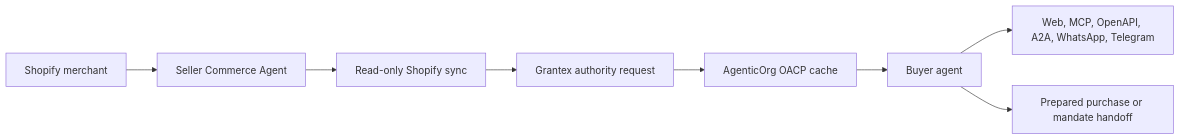
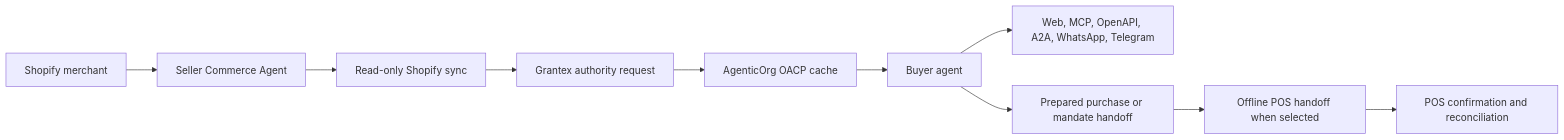
One commit to mishrasanjeev/agentic-org changed the diagram in docs/oacp/end-user-flow.md. Above: the diagram before and after it, drawn with Mermaid. The commit also changed other lines of this file and 28 other files, not shown here.

Commit message:
Implement Offline POS Bridge runtime slice

````diff
--- a/docs/oacp/end-user-flow.md
+++ b/docs/oacp/end-user-flow.md
@@ -5,10 +5,12 @@
 ```mermaid
 flowchart LR
   merchant[Shopify merchant] --> seller[Seller Commerce Agent]
   seller --> sync[Read-only Shopify sync]
   sync --> grantex[Grantex authority request]
   grantex --> cache[AgenticOrg OACP cache]
   cache --> buyer[Buyer agent]
   buyer --> surfaces[Web, MCP, OpenAPI, A2A, WhatsApp, Telegram]
   buyer --> handoff[Prepared purchase or mandate handoff]
+  handoff --> pos[Offline POS handoff when selected]
+  pos --> reconcile[POS confirmation and reconciliation]
 ```
````
